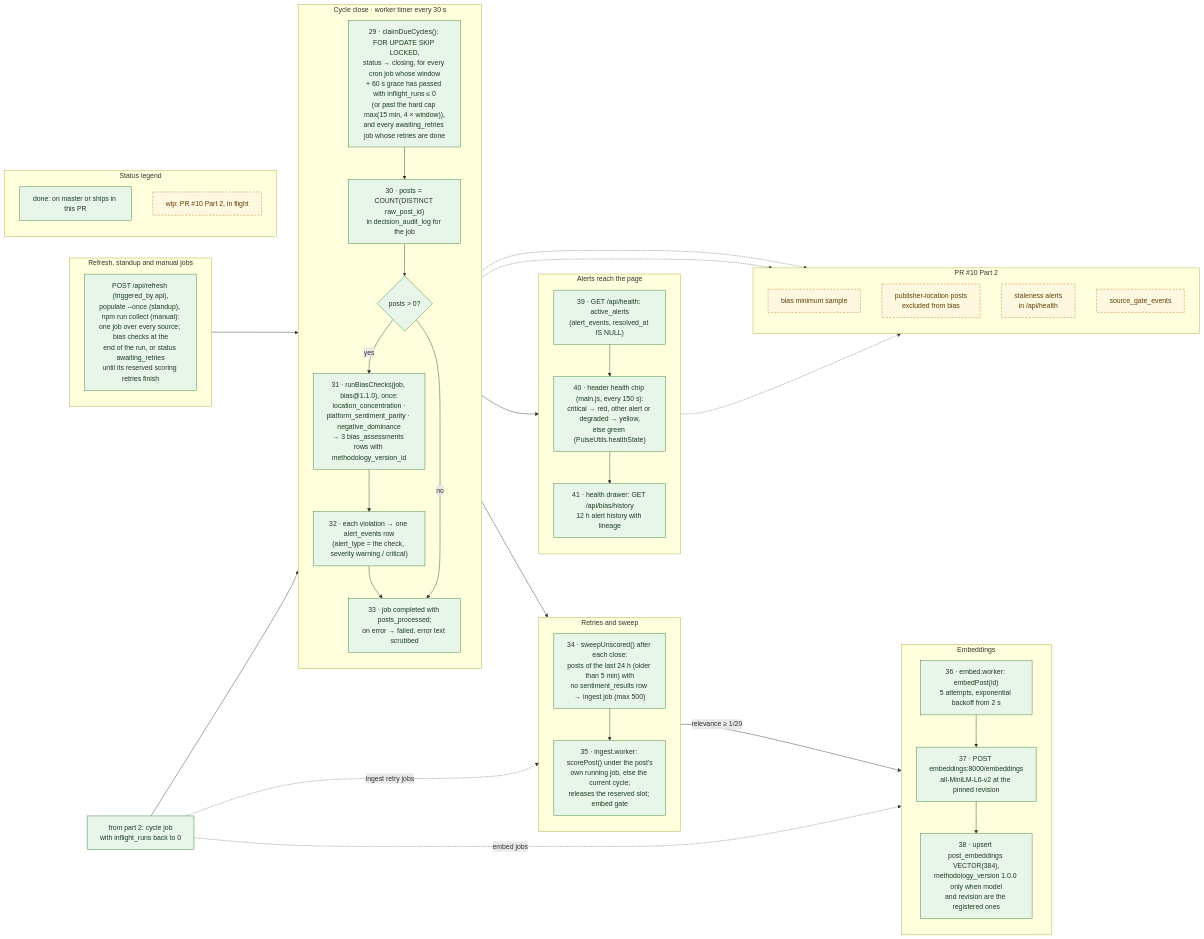
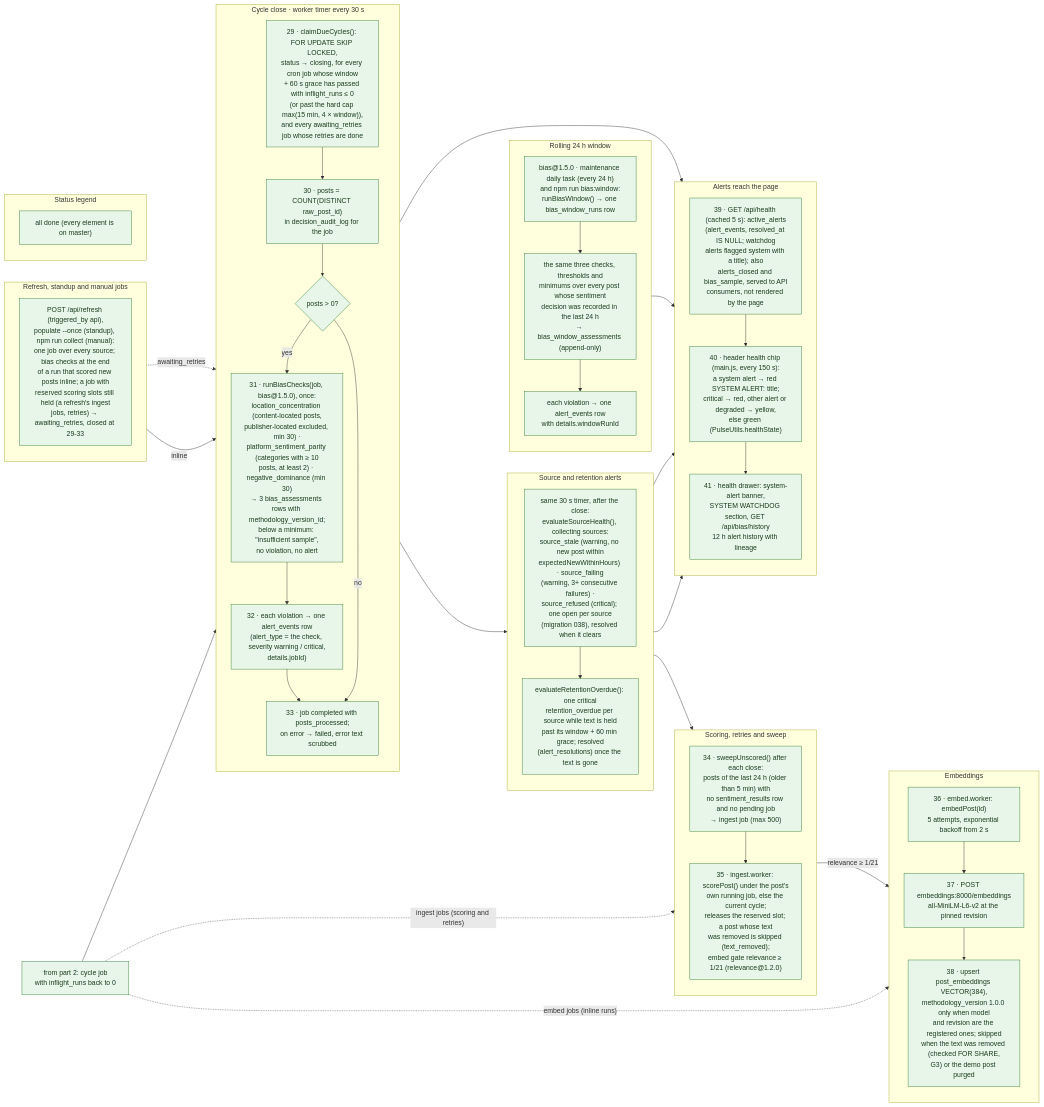
The diagram in docs/diagrams/flows/collection-3-cycle-close-bias-alerts.mmd (jennifer-mckinney/pulse-of-ai), drawn with Mermaid before and after one commit. The commit also changed 26 other files, not shown here.

First line of the commit message:
Redraw the flow and state diagrams against master after PR #22

```diff
--- a/docs/diagrams/flows/collection-3-cycle-close-bias-alerts.mmd
+++ b/docs/diagrams/flows/collection-3-cycle-close-bias-alerts.mmd
@@ -1,74 +1,81 @@
 %% Title: Collection cycle · part 3 of 3 · cycle close, bias checks, embeddings, alerts
-%% Summary: How a collection cycle's job is closed and its job-level bias checks run once, how embeddings and scoring retries are processed, and how alerts reach the page.
-%% Sources: src/workers/start.js (closeDueCycles, every 30 s), src/collectors/cycle.js, src/collectors/sweep.js, src/pipeline/bias.js, src/workers/{ingest,embed}.worker.js, src/pipeline/embeddings.js, python/embeddings_service.py, src/routes/{health,bias}.js, public/js/{main,ui,utils}.js. Spec: TECHNICAL_SPEC.md sections 9 (bias monitoring, alert flow), 12 (embeddings).
+%% Summary: How a collection cycle's job is closed and its job-level bias checks (bias@1.5.0, with minimum samples) run once, how the rolling 24 h window checks run daily, how scoring, retries and embeddings are processed, which source-health and retention alerts the cycle timer raises, and how alerts reach the page.
+%% Sources: src/workers/start.js (closeDueCyclesOnce, every 30 s), src/workers/maintenance.worker.js (daily task), src/collectors/cycle.js, src/collectors/sweep.js, src/collectors/{source-health,retention-overdue,source-alerts}.js, src/pipeline/bias.js, src/pipeline/bias-window.js, scripts/bias-window.js, src/workers/{ingest,embed}.worker.js, src/pipeline/embeddings.js, python/embeddings_service.py, src/routes/{health,bias}.js, public/js/{main,ui,utils}.js; migrations 027, 028, 032, 036, 038, 060. Spec: TECHNICAL_SPEC.md sections 9 (bias monitoring, alert flow), 12 (embeddings); PR #22 decision G2.
 flowchart LR
 
   subgraph CLOSE["Cycle close · worker timer every 30 s"]
     direction TB
     C1["29 · claimDueCycles(): FOR UPDATE SKIP LOCKED,<br/>status → closing, for every cron job whose window<br/>+ 60 s grace has passed with inflight_runs ≤ 0<br/>(or past the hard cap max(15 min, 4 × window)),<br/>and every awaiting_retries job whose retries are done"]:::done
     C2["30 · posts = COUNT(DISTINCT raw_post_id)<br/>in decision_audit_log for the job"]:::done
     C3{"posts #gt; 0?"}:::done
-    C4["31 · runBiasChecks(job, bias@1.1.0), once:<br/>location_concentration ·<br/>platform_sentiment_parity · negative_dominance<br/>→ 3 bias_assessments rows with methodology_version_id"]:::done
-    C5["32 · each violation → one alert_events row<br/>(alert_type = the check, severity warning / critical)"]:::done
+    C4["31 · runBiasChecks(job, bias@1.5.0), once:<br/>location_concentration (content-located posts,<br/>publisher-located excluded, min 30) ·<br/>platform_sentiment_parity (categories with ≥ 10<br/>posts, at least 2) · negative_dominance (min 30)<br/>→ 3 bias_assessments rows with methodology_version_id;<br/>below a minimum: #quot;insufficient sample#quot;,<br/>no violation, no alert"]:::done
+    C5["32 · each violation → one alert_events row<br/>(alert_type = the check, severity warning / critical,<br/>details.jobId)"]:::done
     C6["33 · job completed with posts_processed;<br/>on error → failed, error text scrubbed"]:::done
     C1 --> C2 --> C3
     C3 -- yes --> C4 --> C5 --> C6
     C3 -- no --> C6
   end
 
   subgraph OTHER["Refresh, standup and manual jobs"]
     direction TB
-    J1["POST /api/refresh (triggered_by api),<br/>populate --once (standup), npm run collect (manual):<br/>one job over every source; bias checks at the<br/>end of the run, or status awaiting_retries<br/>until its reserved scoring retries finish"]:::done
+    J1["POST /api/refresh (triggered_by api),<br/>populate --once (standup), npm run collect (manual):<br/>one job over every source; bias checks at the end<br/>of a run that scored new posts inline; a job with<br/>reserved scoring slots still held (a refresh's ingest<br/>jobs, retries) → awaiting_retries, closed at 29-33"]:::done
   end
 
-  subgraph SWEEP["Retries and sweep"]
+  subgraph WINDOW["Rolling 24 h window"]
     direction TB
-    R1["34 · sweepUnscored() after each close:<br/>posts of the last 24 h (older than 5 min) with<br/>no sentiment_results row → ingest job (max 500)"]:::done
-    R2["35 · ingest.worker: scorePost() under the post's<br/>own running job, else the current cycle;<br/>releases the reserved slot; embed gate"]:::done
+    B1["bias@1.5.0 · maintenance daily task (every 24 h)<br/>and npm run bias:window:<br/>runBiasWindow() → one bias_window_runs row"]:::done
+    B2["the same three checks, thresholds and<br/>minimums over every post whose sentiment<br/>decision was recorded in the last 24 h<br/>→ bias_window_assessments (append-only)"]:::done
+    B3["each violation → one alert_events row<br/>with details.windowRunId"]:::done
+    B1 --> B2 --> B3
+  end
+
+  subgraph HEALTH["Source and retention alerts"]
+    direction TB
+    H1["same 30 s timer, after the close:<br/>evaluateSourceHealth(), collecting sources:<br/>source_stale (warning, no new post within<br/>expectedNewWithinHours) · source_failing<br/>(warning, 3+ consecutive failures) ·<br/>source_refused (critical); one open per source<br/>(migration 038), resolved when it clears"]:::done
+    H2["evaluateRetentionOverdue(): one critical<br/>retention_overdue per source while text is held<br/>past its window + 60 min grace; resolved<br/>(alert_resolutions) once the text is gone"]:::done
+    H1 --> H2
+  end
+
+  subgraph SWEEP["Scoring, retries and sweep"]
+    direction TB
+    R1["34 · sweepUnscored() after each close:<br/>posts of the last 24 h (older than 5 min) with<br/>no sentiment_results row and no pending job<br/>→ ingest job (max 500)"]:::done
+    R2["35 · ingest.worker: scorePost() under the post's<br/>own running job, else the current cycle;<br/>releases the reserved slot; a post whose text<br/>was removed is skipped (text_removed);<br/>embed gate relevance ≥ 1/21 (relevance@1.2.0)"]:::done
     R1 --> R2
   end
 
   subgraph EMBED["Embeddings"]
     direction TB
     E1["36 · embed.worker: embedPost(id)<br/>5 attempts, exponential backoff from 2 s"]:::done
     E2["37 · POST embeddings:8000/embeddings<br/>all-MiniLM-L6-v2 at the pinned revision"]:::done
-    E3["38 · upsert post_embeddings VECTOR(384),<br/>methodology_version 1.0.0 only when model<br/>and revision are the registered ones"]:::done
+    E3["38 · upsert post_embeddings VECTOR(384),<br/>methodology_version 1.0.0 only when model<br/>and revision are the registered ones; skipped<br/>when the text was removed (checked FOR SHARE,<br/>G3) or the demo post purged"]:::done
     E1 --> E2 --> E3
   end
 
   subgraph SURFACE["Alerts reach the page"]
     direction TB
-    A1["39 · GET /api/health: active_alerts<br/>(alert_events, resolved_at IS NULL)"]:::done
-    A2["40 · header health chip (main.js, every 150 s):<br/>critical → red, other alert or degraded → yellow,<br/>else green (PulseUtils.healthState)"]:::done
-    A3["41 · health drawer: GET /api/bias/history<br/>12 h alert history with lineage"]:::done
+    A1["39 · GET /api/health (cached 5 s): active_alerts<br/>(alert_events, resolved_at IS NULL; watchdog<br/>alerts flagged system with a title); also<br/>alerts_closed and bias_sample, served to API<br/>consumers, not rendered by the page"]:::done
+    A2["40 · header health chip (main.js, every 150 s):<br/>a system alert → red SYSTEM ALERT: title;<br/>critical → red, other alert or degraded → yellow,<br/>else green (PulseUtils.healthState)"]:::done
+    A3["41 · health drawer: system-alert banner,<br/>SYSTEM WATCHDOG section, GET /api/bias/history<br/>12 h alert history with lineage"]:::done
     A1 --> A2 --> A3
   end
 
-  subgraph WIP["PR #10 Part 2"]
-    direction TB
-    P1["bias minimum sample"]:::wip
-    P2["publisher-location posts<br/>excluded from bias"]:::wip
-    P3["staleness alerts<br/>in /api/health"]:::wip
-    P4["source_gate_events"]:::wip
-  end
-
   subgraph LEGEND["Status legend"]
-    L1["done: on master or ships in this PR"]:::done
-    L2["wip: PR #10 Part 2, in flight"]:::wip
+    L1["all done (every element is on master)"]:::done
   end
 
   IN["from part 2: cycle job<br/>with inflight_runs back to 0"]:::done
   IN --> C1
-  C6 --> R1
-  IN -. "ingest retry jobs" .-> R2
-  R2 -- "relevance ≥ 1/20" --> E1
-  IN -. "embed jobs" .-> E1
+  C6 --> H1
+  H2 --> R1
+  IN -. "ingest jobs (scoring and retries)" .-> R2
+  R2 -- "relevance ≥ 1/21" --> E1
+  IN -. "embed jobs (inline runs)" .-> E1
   C5 --> A1
-  J1 --> C4
-  C4 -.-> P1
-  C4 -.-> P2
-  A1 -.-> P3
+  B3 --> A1
+  H1 --> A1
+  H2 --> A1
+  J1 -- "inline" --> C4
+  J1 -. "awaiting_retries" .-> C1
 
   classDef done fill:#e8f5e9,stroke:#2e7d32,color:#1b3d1f
-  classDef wip fill:#fff8e1,stroke:#b7791f,color:#5c3d00,stroke-dasharray:5 3
   classDef planned fill:#f2f2f2,stroke:#8a8a8a,color:#4a4a4a,stroke-dasharray:2 3
```
